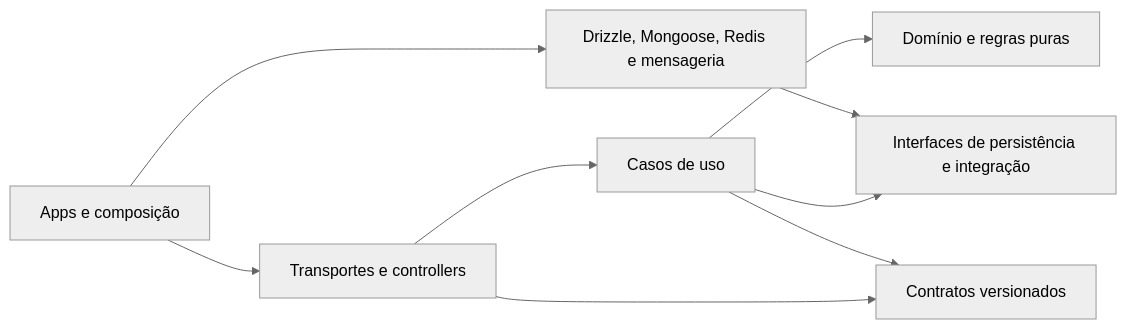
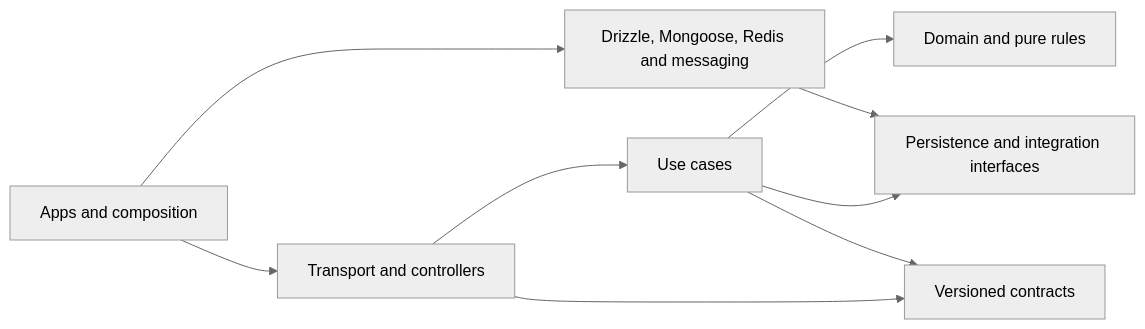
Before and after one commit to ReeseArch64/opencok: the third of 14 diagrams in .github/ARCHITECTURE.md, drawn with Mermaid (neutral theme). The commit also changed other lines of this file and 10 other files, not shown here.

````diff
--- a/.github/ARCHITECTURE.md
+++ b/.github/ARCHITECTURE.md
@@ -369,11 +369,11 @@
 ```mermaid
 flowchart LR
-  apps[Apps e composição] --> entry[Transportes e controllers]
-  entry --> usecases[Casos de uso]
-  usecases --> domain[Domínio e regras puras]
-  usecases --> ports[Interfaces de persistência e integração]
-  adapters[Drizzle, Mongoose, Redis e mensageria] --> ports
+  apps[Apps and composition] --> entry[Transport and controllers]
+  entry --> usecases[Use cases]
+  usecases --> domain[Domain and pure rules]
+  usecases --> ports[Persistence and integration interfaces]
+  adapters[Drizzle, Mongoose, Redis and messaging] --> ports
   apps --> adapters
-  entry --> contracts[Contratos versionados]
+  entry --> contracts[Versioned contracts]
   usecases --> contracts
 ```
````
